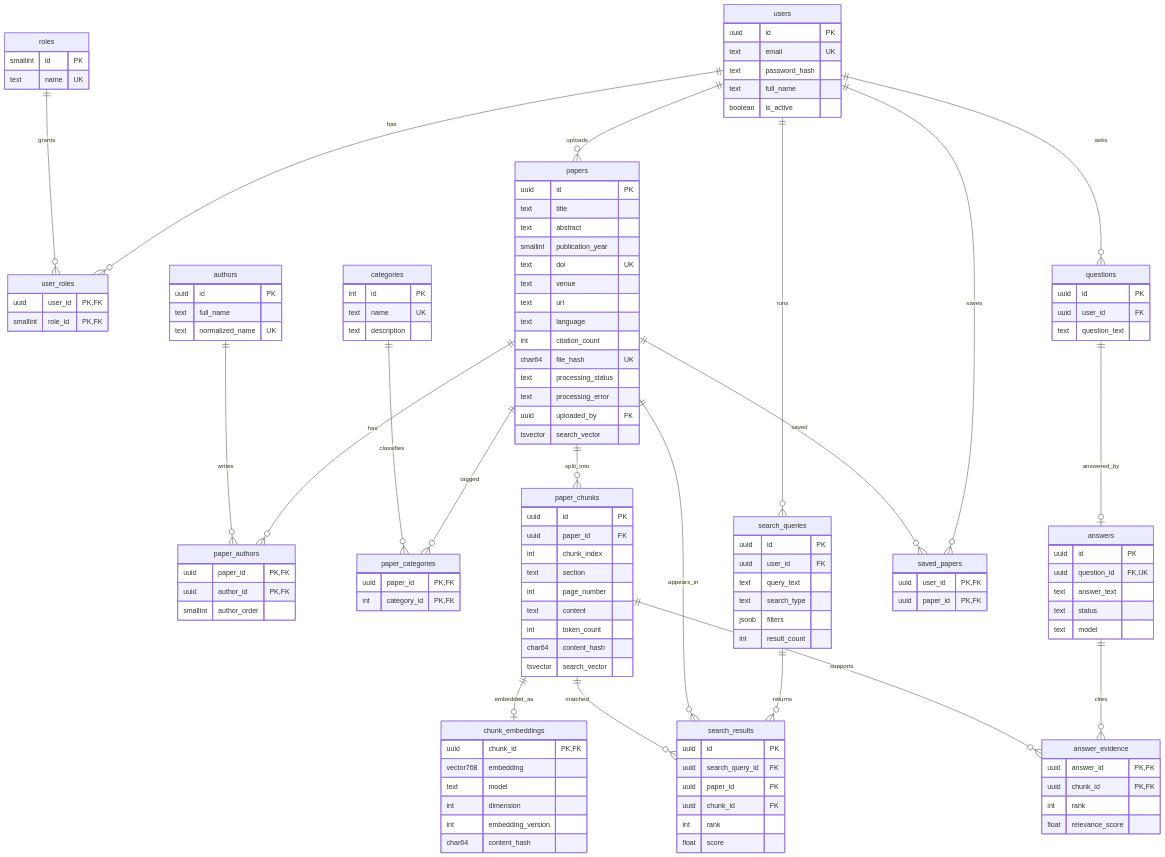
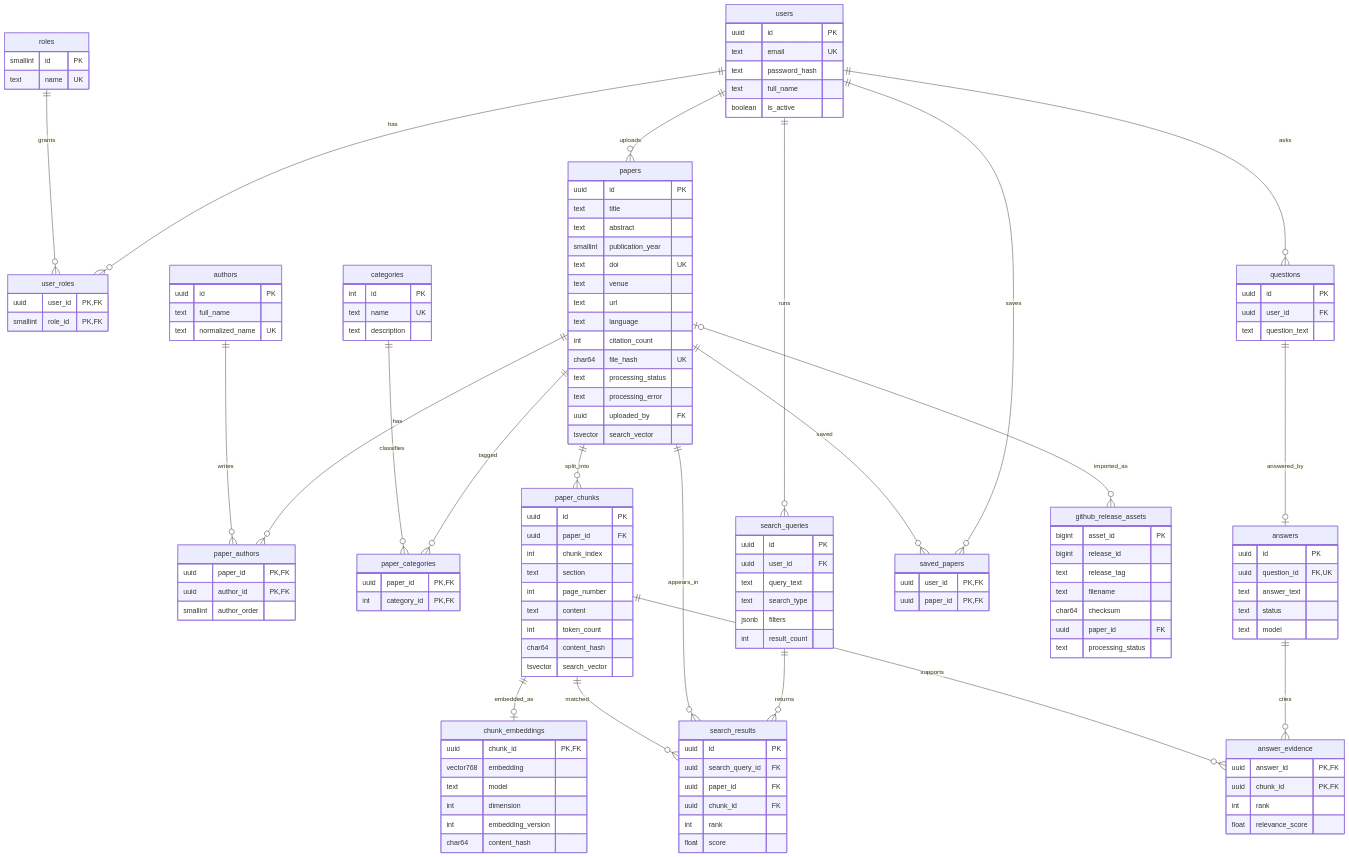
One commit to mutturaj-angadi/Research-IQ changed the diagram in docs/er-diagram.mmd. Above: the diagram before and after it, drawn with Mermaid. The commit also changed 18 other files, not shown here.

```diff
--- a/docs/er-diagram.mmd
+++ b/docs/er-diagram.mmd
@@ -1,96 +1,104 @@
 erDiagram
     users ||--o{ user_roles : has
     roles ||--o{ user_roles : grants
     users ||--o{ papers : uploads
     papers ||--o{ paper_authors : has
     authors ||--o{ paper_authors : writes
     papers ||--o{ paper_categories : tagged
     categories ||--o{ paper_categories : classifies
     papers ||--o{ paper_chunks : split_into
     paper_chunks ||--o| chunk_embeddings : embedded_as
     users ||--o{ search_queries : runs
     search_queries ||--o{ search_results : returns
     papers ||--o{ search_results : appears_in
     paper_chunks ||--o{ search_results : matched
     users ||--o{ questions : asks
     questions ||--o| answers : answered_by
     answers ||--o{ answer_evidence : cites
     paper_chunks ||--o{ answer_evidence : supports
     users ||--o{ saved_papers : saves
     papers ||--o{ saved_papers : saved
+    papers o|--o{ github_release_assets : imported_as
 
     users { uuid id PK
             text email UK
             text password_hash
             text full_name
             boolean is_active }
     roles { smallint id PK
             text name UK }
     user_roles { uuid user_id PK,FK
                  smallint role_id PK,FK }
     papers { uuid id PK
              text title
              text abstract
              smallint publication_year
              text doi UK
              text venue
              text url
              text language
              int citation_count
              char64 file_hash UK
              text processing_status
              text processing_error
              uuid uploaded_by FK
              tsvector search_vector }
     authors { uuid id PK
               text full_name
               text normalized_name UK }
     paper_authors { uuid paper_id PK,FK
                     uuid author_id PK,FK
                     smallint author_order }
     categories { int id PK
                  text name UK
                  text description }
     paper_categories { uuid paper_id PK,FK
                        int category_id PK,FK }
     paper_chunks { uuid id PK
                    uuid paper_id FK
                    int chunk_index
                    text section
                    int page_number
                    text content
                    int token_count
                    char64 content_hash
                    tsvector search_vector }
     chunk_embeddings { uuid chunk_id PK,FK
                        vector768 embedding
                        text model
                        int dimension
                        int embedding_version
                        char64 content_hash }
     search_queries { uuid id PK
                      uuid user_id FK
                      text query_text
                      text search_type
                      jsonb filters
                      int result_count }
     search_results { uuid id PK
                      uuid search_query_id FK
                      uuid paper_id FK
                      uuid chunk_id FK
                      int rank
                      float score }
     questions { uuid id PK
                 uuid user_id FK
                 text question_text }
     answers { uuid id PK
               uuid question_id FK,UK
               text answer_text
               text status
               text model }
     answer_evidence { uuid answer_id PK,FK
                       uuid chunk_id PK,FK
                       int rank
                       float relevance_score }
     saved_papers { uuid user_id PK,FK
                    uuid paper_id PK,FK }
+    github_release_assets { bigint asset_id PK
+                            bigint release_id
+                            text release_tag
+                            text filename
+                            char64 checksum
+                            uuid paper_id FK
+                            text processing_status }
```
